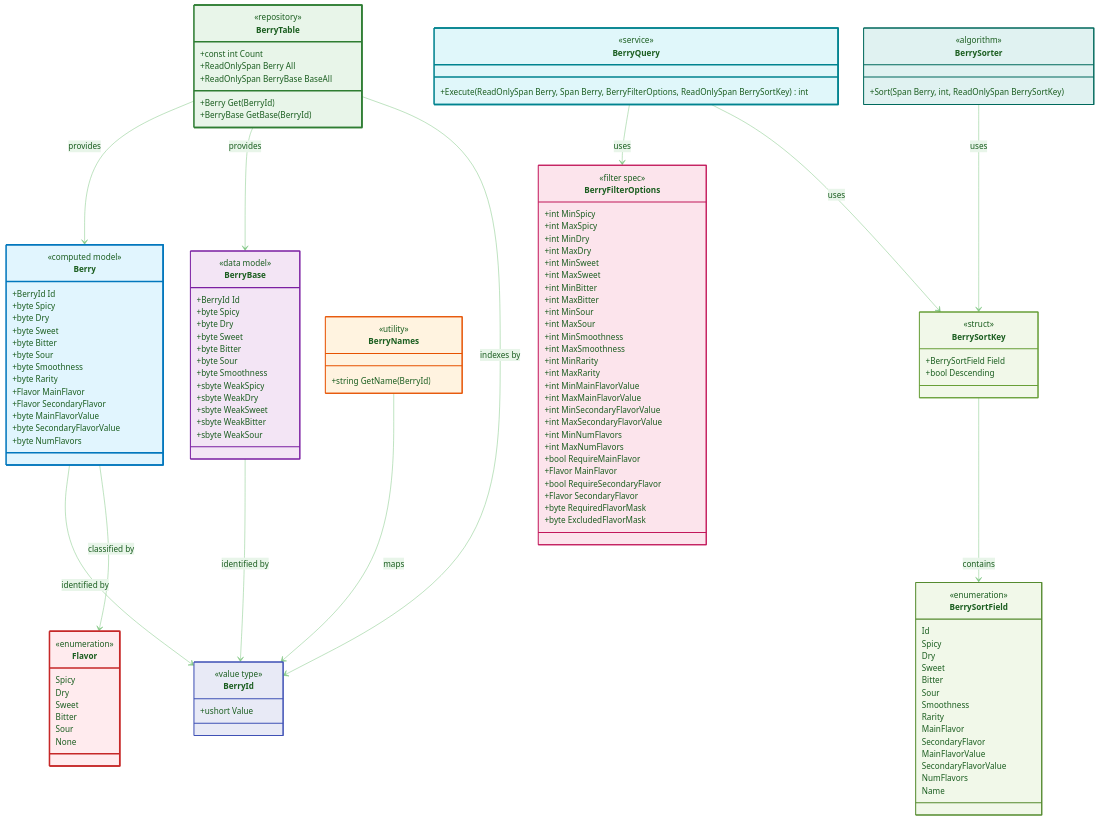
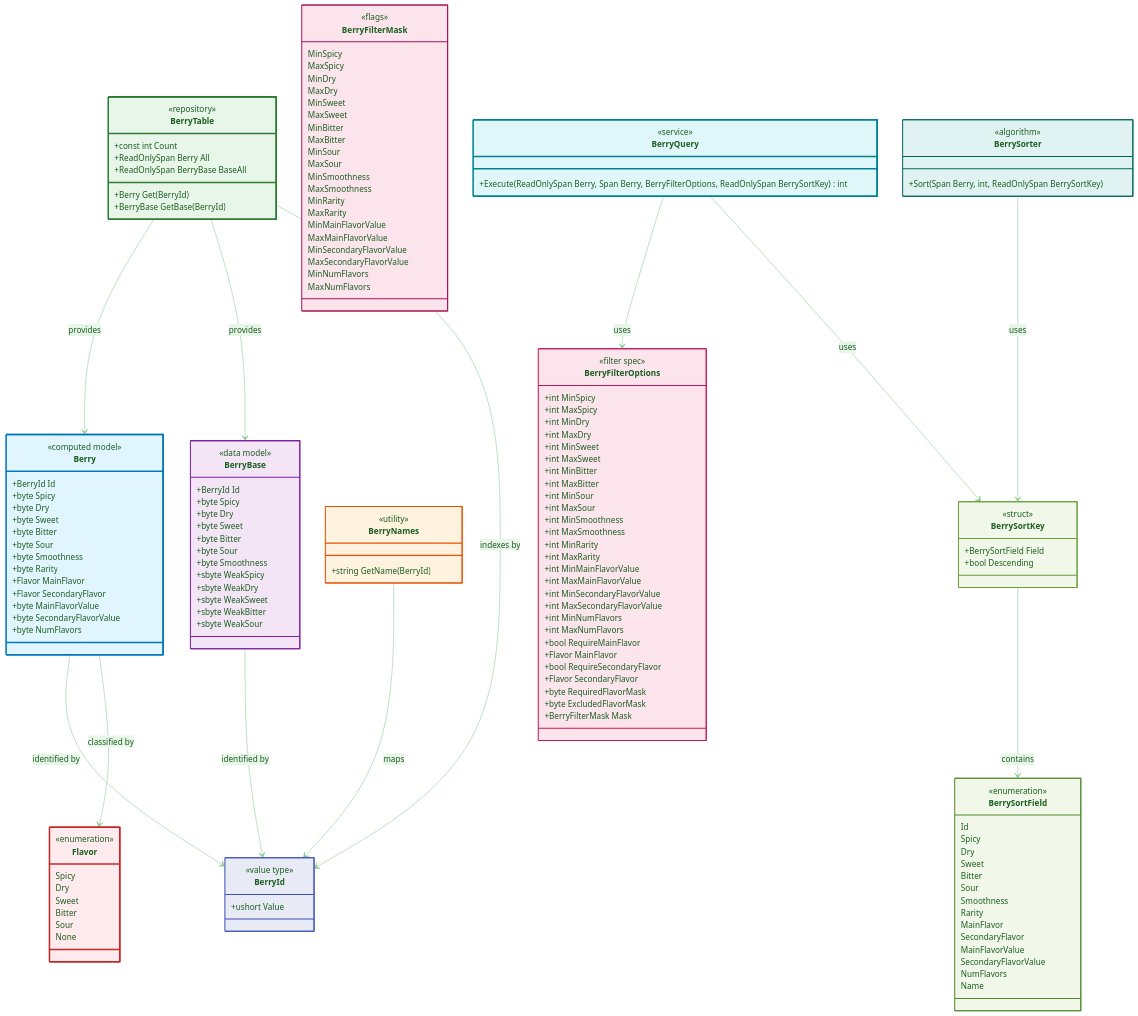
The diagram in docs/Berries.ClassDiagram.md (GlassToeStudio/BDSP), drawn with Mermaid before and after one commit. The commit also changed 3 other files, not shown here.

Commit message:
Update diagrams to include filter mask

```diff
--- a/docs/Berries.ClassDiagram.md
+++ b/docs/Berries.ClassDiagram.md
@@ -102,8 +102,34 @@
         +Flavor SecondaryFlavor
         +byte RequiredFlavorMask
         +byte ExcludedFlavorMask
+        +BerryFilterMask Mask
     }
     style BerryFilterOptions fill:#fce4ec,stroke:#c2185b,stroke-width:2px
+
+    class BerryFilterMask {
+        <<flags>>
+        MinSpicy
+        MaxSpicy
+        MinDry
+        MaxDry
+        MinSweet
+        MaxSweet
+        MinBitter
+        MaxBitter
+        MinSour
+        MaxSour
+        MinSmoothness
+        MaxSmoothness
+        MinRarity
+        MaxRarity
+        MinMainFlavorValue
+        MaxMainFlavorValue
+        MinSecondaryFlavorValue
+        MaxSecondaryFlavorValue
+        MinNumFlavors
+        MaxNumFlavors
+    }
+    style BerryFilterMask fill:#fce4ec,stroke:#ad1457,stroke-width:2px
 
     class BerrySortField {
         <<enumeration>>
```
